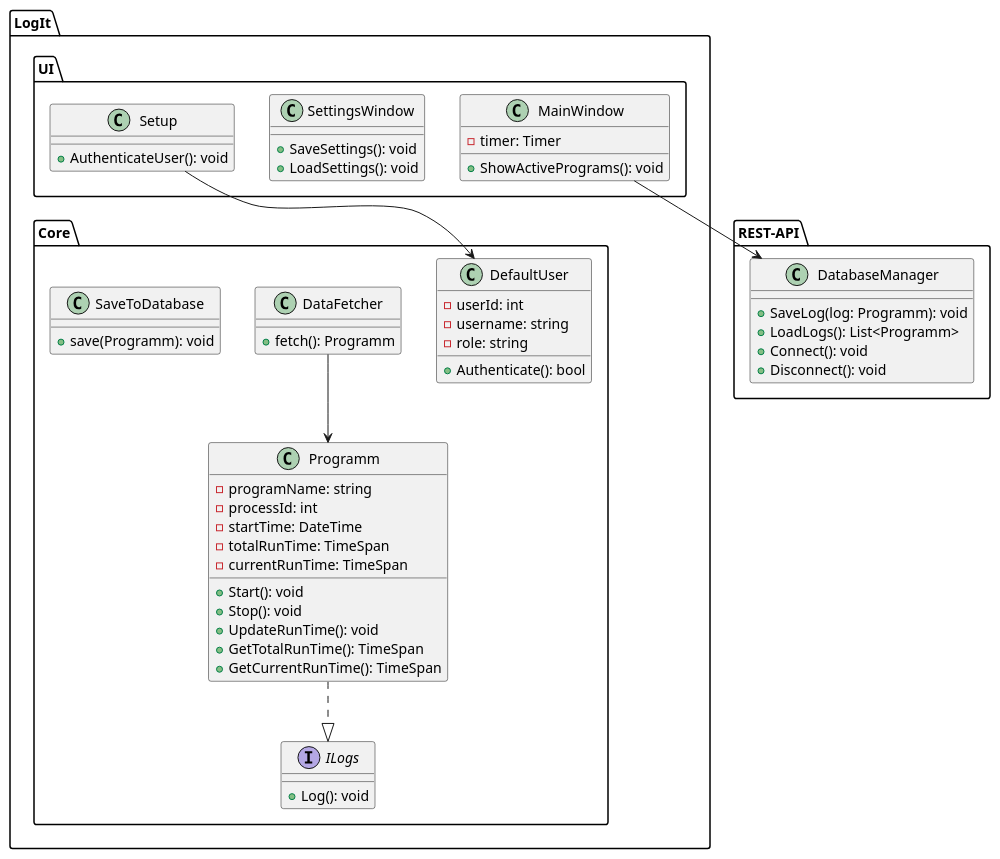
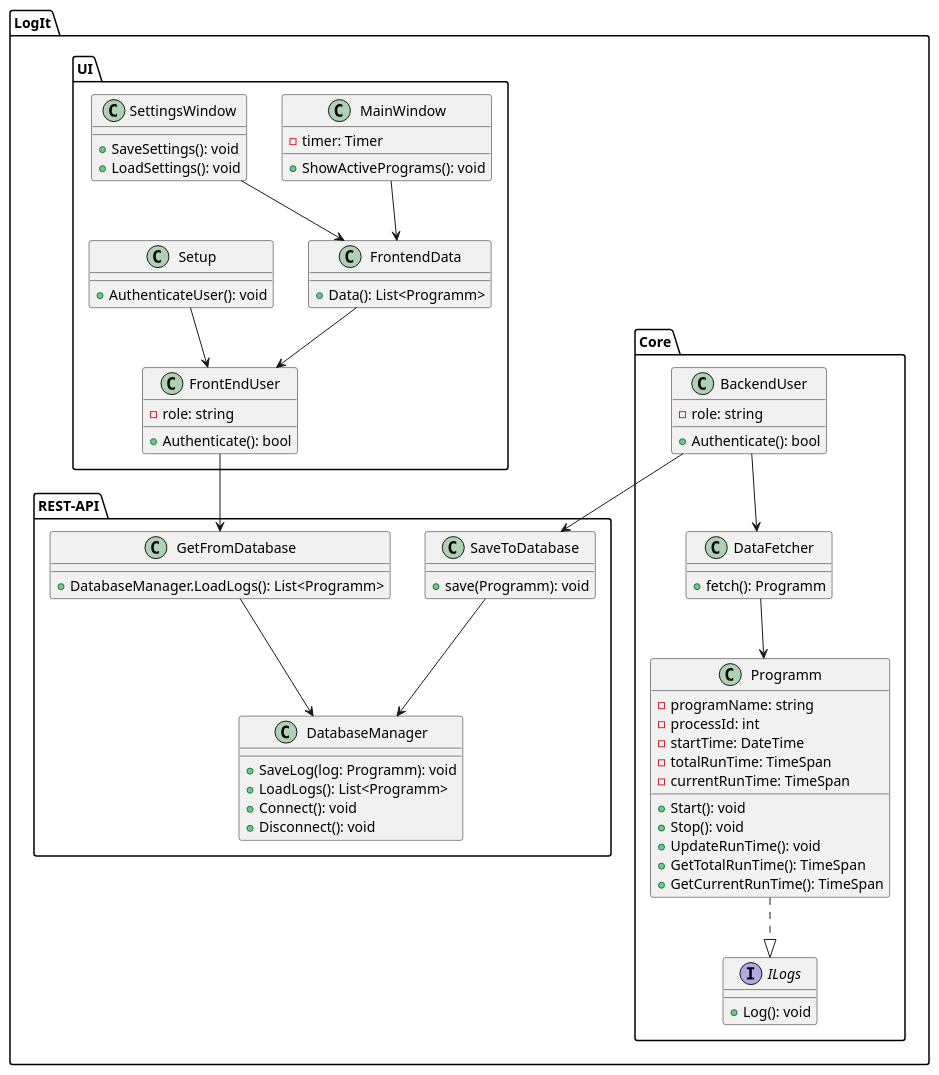
One commit to Schokobaer06/LogIt changed the diagram in doc/umldiagramme.plantuml. Above: the diagram before and after it, drawn with PlantUML.

Commit message:
umldiagramm fertig

```diff
--- a/doc/umldiagramme.plantuml
+++ b/doc/umldiagramme.plantuml
@@ -1,74 +1,92 @@
 @startuml UML Diagramme
 ' Backend-Klassen
 package "LogIt.Core" {
     class Programm {
         - programName: string
         - processId: int
         - startTime: DateTime
         - totalRunTime: TimeSpan
         - currentRunTime: TimeSpan
         + Start(): void
         + Stop(): void
         + UpdateRunTime(): void
         + GetTotalRunTime(): TimeSpan
         + GetCurrentRunTime(): TimeSpan
     }
+    
 
-    class DefaultUser {
-        - userId: int
-        - username: string
+    class BackendUser {
         - role: string
-        + Authenticate(): bool
+        +Authenticate(): bool
     }
         
 
     interface ILogs {
         + Log(): void
     }
     
     class DataFetcher {
         + fetch(): Programm
     }
 
-
-    class SaveToDatabase {
-        + save(Programm): void
-    }
-
     Programm ..|> ILogs
     DataFetcher --> Programm
+    BackendUser --> DataFetcher
 }
 
 ' Frontend-Klassen
 package "LogIt.UI" {
     class MainWindow {
         - timer: Timer
         + ShowActivePrograms(): void
     }
 
     class SettingsWindow {
         + SaveSettings(): void
         + LoadSettings(): void
     }
 
     class Setup{
         + AuthenticateUser(): void
     }
+        class FrontEndUser {
+        - role: string
+        + Authenticate(): bool
+    }
 
-    Setup --> DefaultUser
+    class FrontendData {
+        + Data(): List<Programm>
+    }
+
+    Setup --> FrontEndUser
+    FrontendData --> FrontEndUser
+    ' FrontendData --> Setup
+    MainWindow --> FrontendData
+    SettingsWindow --> FrontendData
 }
 
 ' REST-API
-package "REST-API" {
+package "LogIt.REST-API" {
         class DatabaseManager {
         + SaveLog(log: Programm): void
         + LoadLogs(): List<Programm>
         + Connect(): void
         + Disconnect(): void
     }
+        class SaveToDatabase {
+        + save(Programm): void
+    }
+        class GetFromDatabase {
+            + DatabaseManager.LoadLogs(): List<Programm>
+        }
 
 
 
-    MainWindow --> DatabaseManager
+    FrontEndUser --> GetFromDatabase
+    BackendUser --> SaveToDatabase
+
+    SaveToDatabase --> DatabaseManager
+    GetFromDatabase --> DatabaseManager
+    
 }
 @enduml
```
